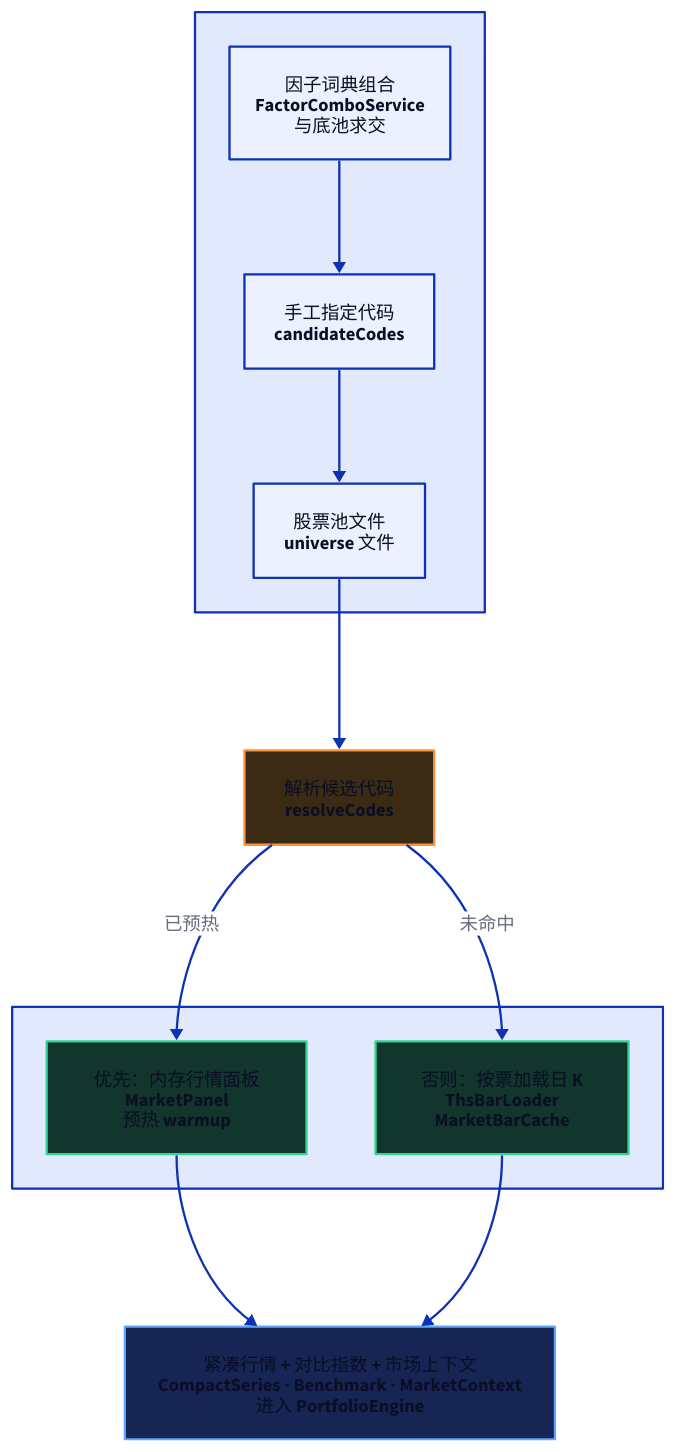
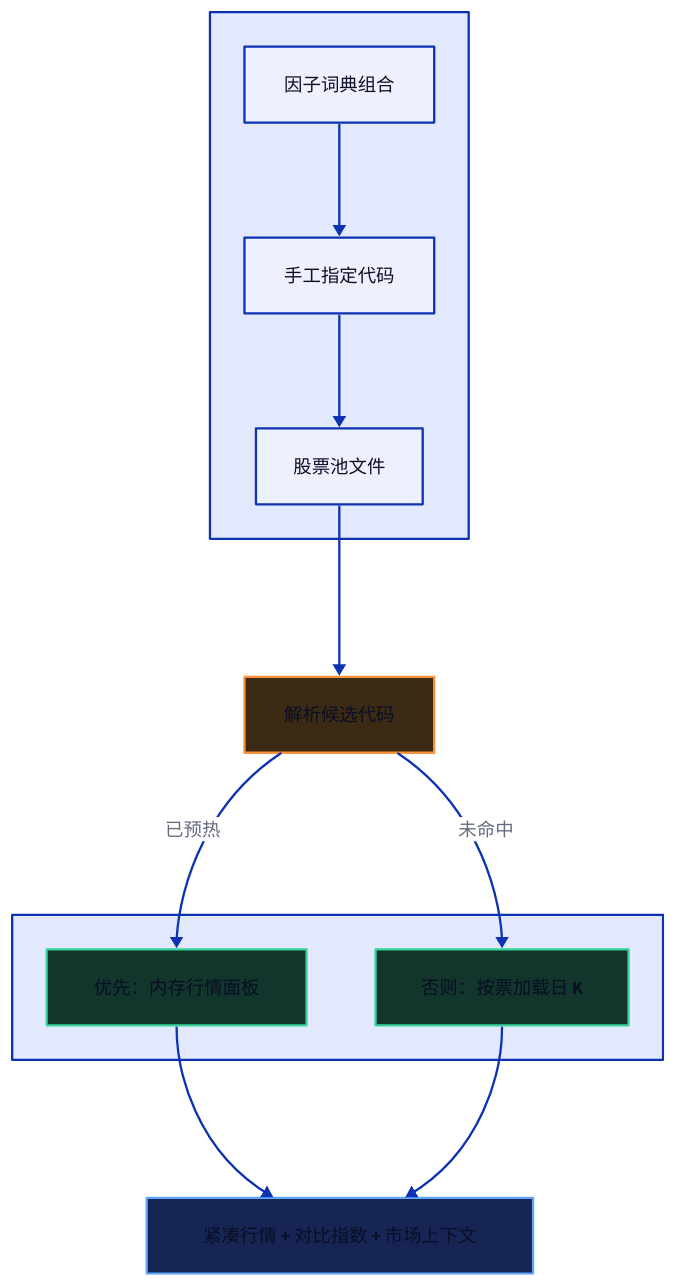
The diagram in diagrams/d2/data-load.d2 (Saka9527/gaoneng-quant), drawn with D2 before and after one commit. The commit also changed 11 other files, not shown here.

Commit message:
Keep only the Chinese labels on the design diagrams.

```diff
--- a/diagrams/d2/data-load.d2
+++ b/diagrams/d2/data-load.d2
@@ -1,39 +1,39 @@
 direction: down
 
 sources: "" {
   direction: right
-  factor: "因子词典组合\nFactorComboService\n与底池求交"
-  manual: "手工指定代码\ncandidateCodes"
-  file: "股票池文件\nuniverse 文件"
+  factor: "因子词典组合"
+  manual: "手工指定代码"
+  file: "股票池文件"
   factor -> manual -> file
 }
 
-resolve: "解析候选代码\nresolveCodes" {
+resolve: "解析候选代码" {
   style.fill: "#3b2a14"
   style.stroke: "#fb923c"
 }
 
 sources.file -> resolve
 
 branch: "" {
   direction: right
-  panel: "优先：内存行情面板\nMarketPanel\n预热 warmup" {
+  panel: "优先：内存行情面板" {
     style.fill: "#12352c"
     style.stroke: "#34d399"
   }
-  loader: "否则：按票加载日 K\nThsBarLoader\nMarketBarCache" {
+  loader: "否则：按票加载日 K" {
     style.fill: "#12352c"
     style.stroke: "#34d399"
   }
 }
 
 resolve -> branch.panel: 已预热
 resolve -> branch.loader: 未命中
 
-out: "紧凑行情 + 对比指数 + 市场上下文\nCompactSeries · Benchmark · MarketContext\n进入 PortfolioEngine" {
+out: "紧凑行情 + 对比指数 + 市场上下文" {
   style.fill: "#172554"
   style.stroke: "#60a5fa"
 }
 
 branch.panel -> out
 branch.loader -> out
```
